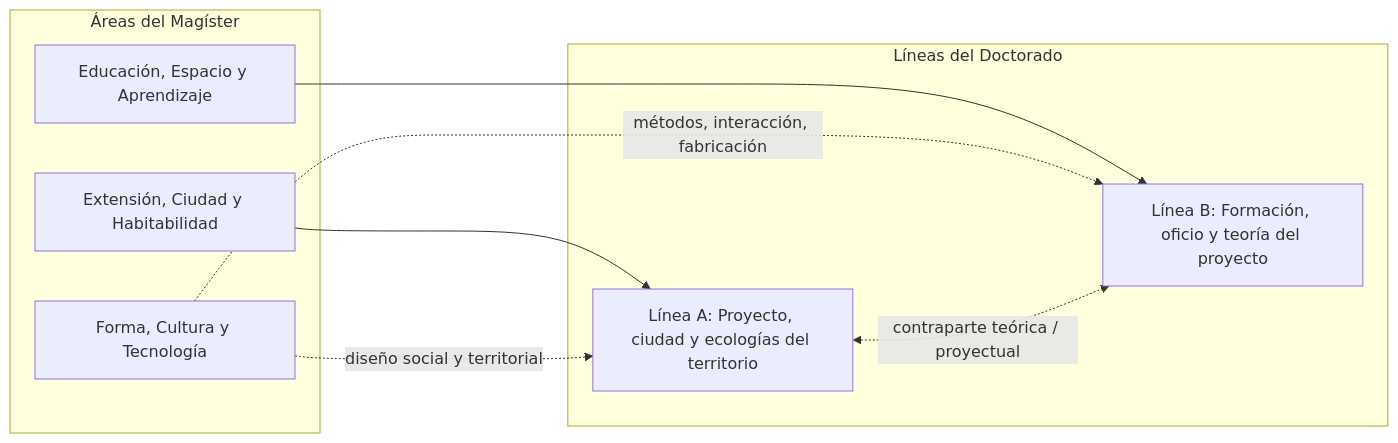
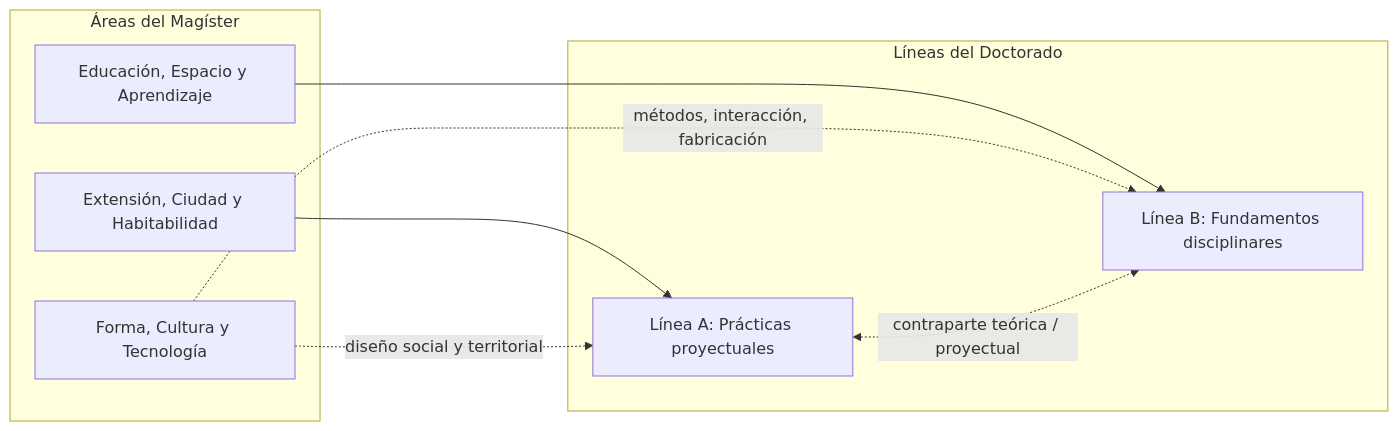
One commit to eadpucv/investigacion-ead changed the third of 4 diagrams in propuesta-dos-lineas.md. Above: the diagram before and after it, drawn with Mermaid. The commit also changed other lines of this file and 10 other files, not shown here.

First line of the commit message:
Líneas: Fundamentos disciplinares / Prácticas proyectuales; proyectos y comparación

````diff
--- a/propuesta-dos-lineas.md
+++ b/propuesta-dos-lineas.md
@@ -136,17 +136,17 @@
 ```mermaid
 flowchart LR
     subgraph MAG[Áreas del Magíster]
         ECH[Extensión, Ciudad y Habitabilidad]
         EAA[Educación, Espacio y Aprendizaje]
         FCT[Forma, Cultura y Tecnología]
     end
     subgraph DOC[Líneas del Doctorado]
-        LA[Línea A: Proyecto, ciudad y ecologías del territorio]
-        LB[Línea B: Formación, oficio y teoría del proyecto]
+        LA[Línea A: Prácticas proyectuales]
+        LB[Línea B: Fundamentos disciplinares]
     end
     ECH --> LA
     EAA --> LB
     FCT -. diseño social y territorial .-> LA
     FCT -. métodos, interacción, fabricación .-> LB
     LA <-. contraparte teórica / proyectual .-> LB
 ```
````
